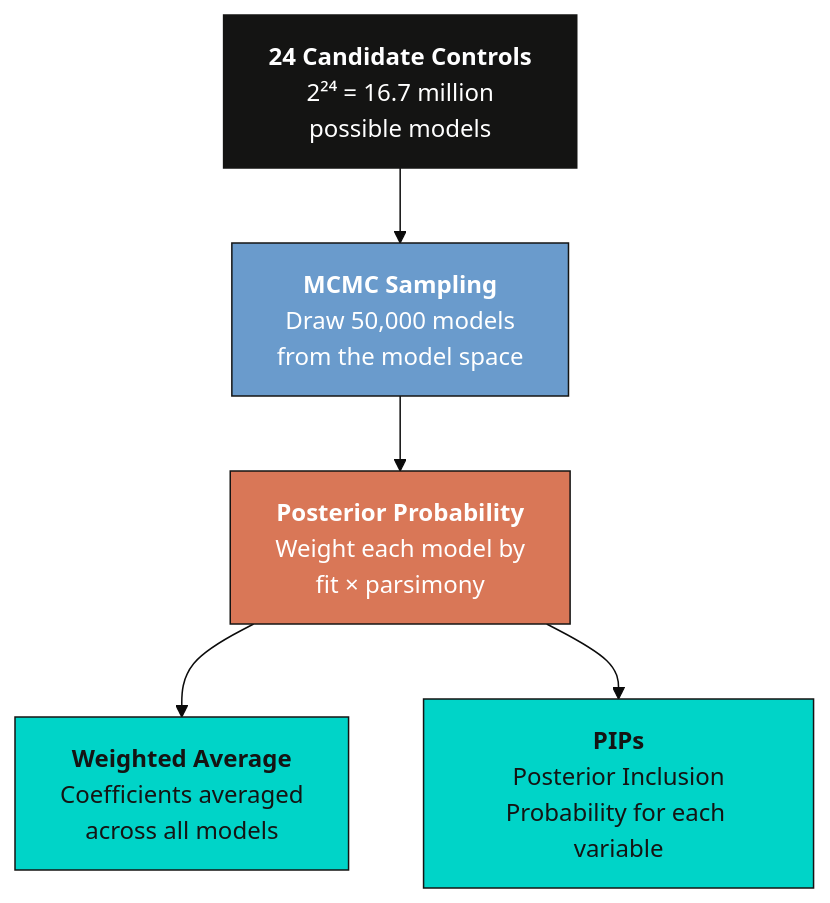
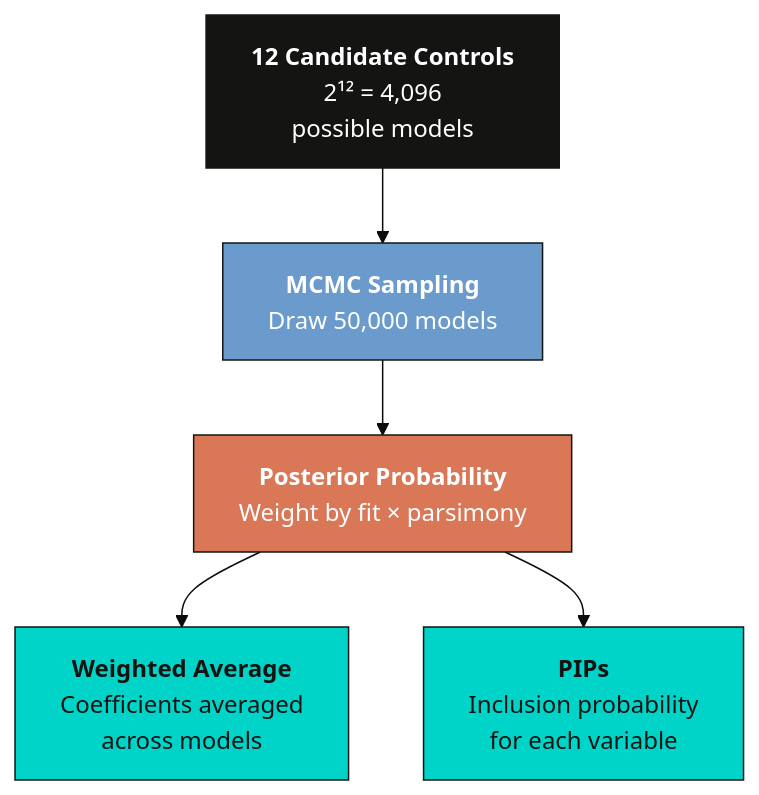
Before and after one commit to cmg777/starter-academic-v501: the third of 4 diagrams in content/post/stata_bma_dsl/index.md, drawn with Mermaid (base theme). The commit also changed other lines of this file and 14 other files, not shown here.

````diff
--- a/content/post/stata_bma_dsl/index.md
+++ b/content/post/stata_bma_dsl/index.md
@@ -332,13 +297,13 @@
 ```mermaid
 graph TD
-    Start["<b>24 Candidate Controls</b><br/>2²⁴ = 16.7 million<br/>possible models"] --> MCMC["<b>MCMC Sampling</b><br/>Draw 50,000 models<br/>from the model space"]
-    MCMC --> Post["<b>Posterior Probability</b><br/>Weight each model by<br/>fit × parsimony"]
-    Post --> Avg["<b>Weighted Average</b><br/>Coefficients averaged<br/>across all models"]
-    Post --> PIP["<b>PIPs</b><br/>Posterior Inclusion<br/>Probability for each variable"]
+    Start["<b>12 Candidate Controls</b><br/>2¹² = 4,096<br/>possible models"] --> MCMC["<b>MCMC Sampling</b><br/>Draw 50,000 models"]
+    MCMC --> Post["<b>Posterior Probability</b><br/>Weight by fit × parsimony"]
+    Post --> Avg["<b>Weighted Average</b><br/>Coefficients averaged<br/>across models"]
+    Post --> PIP["<b>PIPs</b><br/>Inclusion probability<br/>for each variable"]
 
     style Start fill:#141413,stroke:#141413,color:#fff
     style MCMC fill:#6a9bcc,stroke:#141413,color:#fff
     style Post fill:#d97757,stroke:#141413,color:#fff
     style Avg fill:#00d4c8,stroke:#141413,color:#141413
     style PIP fill:#00d4c8,stroke:#141413,color:#141413
 ```
````
